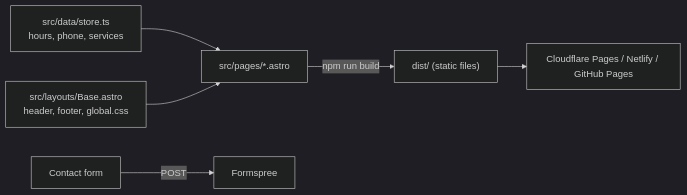
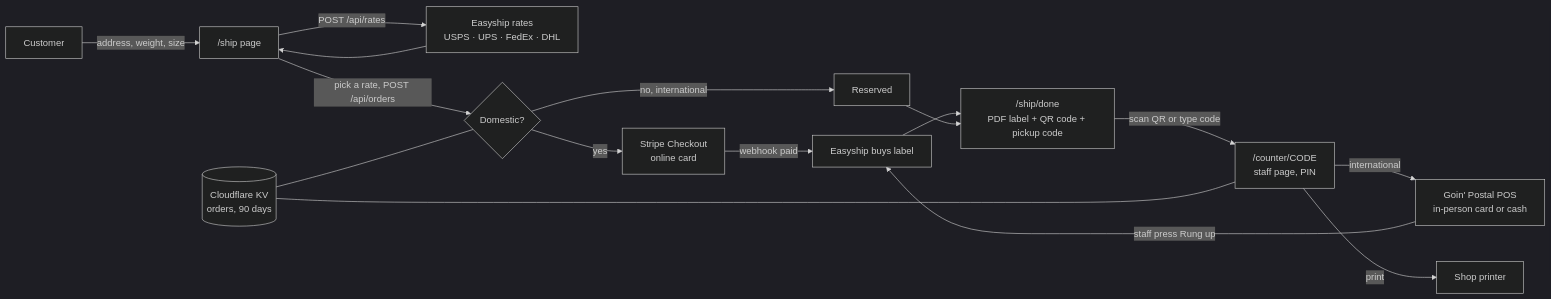
Before and after one commit to wbp318/goin-postal-forsythe: the diagram in site/README.md, drawn with Mermaid (dark theme). The commit also changed other lines of this file and 27 other files, not shown here.

First line of the commit message:
Site: ship from the website with Easyship rates, Stripe online, POS in shop

````diff
--- a/site/README.md
+++ b/site/README.md
@@ -5,8 +7,18 @@
 ```mermaid
 flowchart LR
-  D["src/data/store.ts<br/>hours, phone, services"] --> P["src/pages/*.astro"]
-  L["src/layouts/Base.astro<br/>header, footer, global.css"] --> P
-  P -->|npm run build| O["dist/ (static files)"]
-  O --> H["Cloudflare Pages / Netlify / GitHub Pages"]
-  F["Contact form"] -->|POST| FS["Formspree"]
+  C["Customer"] -->|address, weight, size| S["/ship page"]
+  S -->|POST /api/rates| R["Easyship rates<br/>USPS · UPS · FedEx · DHL"]
+  R --> S
+  S -->|pick a rate, POST /api/orders| O{"Domestic?"}
+  O -->|yes| P["Stripe Checkout<br/>online card"]
+  P -->|webhook paid| L["Easyship buys label"]
+  O -->|no, international| RES["Reserved"]
+  L --> D["/ship/done<br/>PDF label + QR code + pickup code"]
+  RES --> D
+  D -->|scan QR or type code| K["/counter/CODE<br/>staff page, PIN"]
+  K -->|international| POS["Goin' Postal POS<br/>in-person card or cash"]
+  POS -->|staff press Rung up| L
+  K -->|print| PR["Shop printer"]
+  KV[("Cloudflare KV<br/>orders, 90 days")] --- O
+  KV --- K
 ```
````
